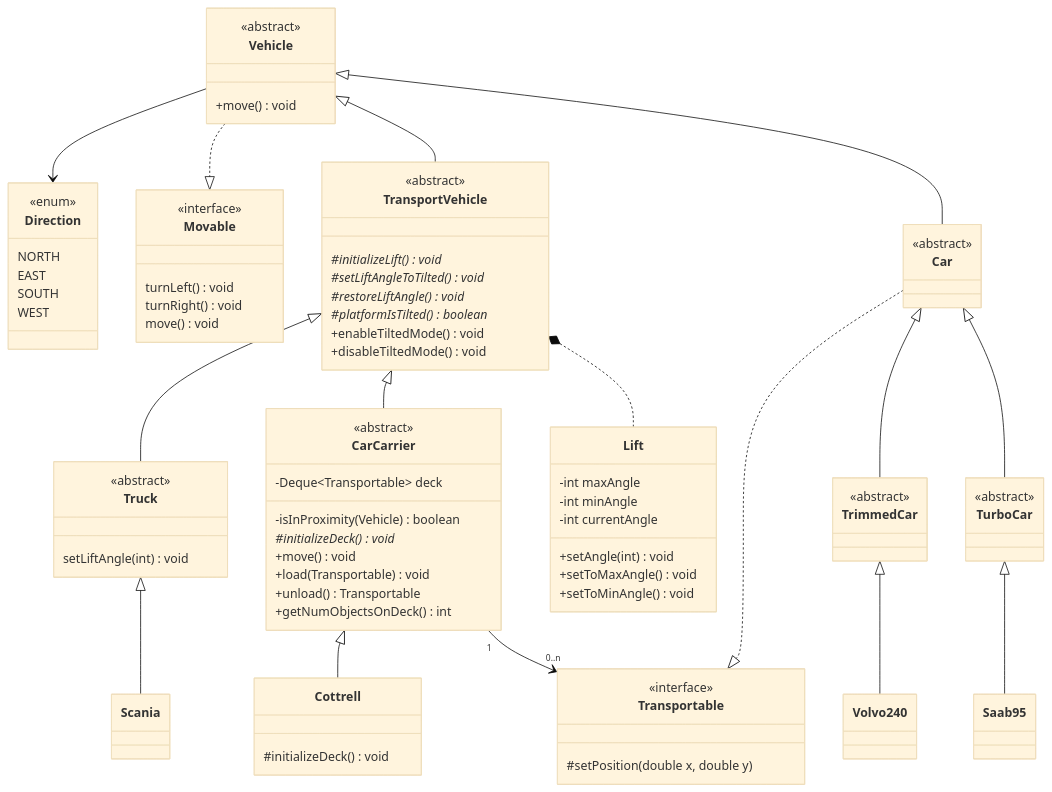
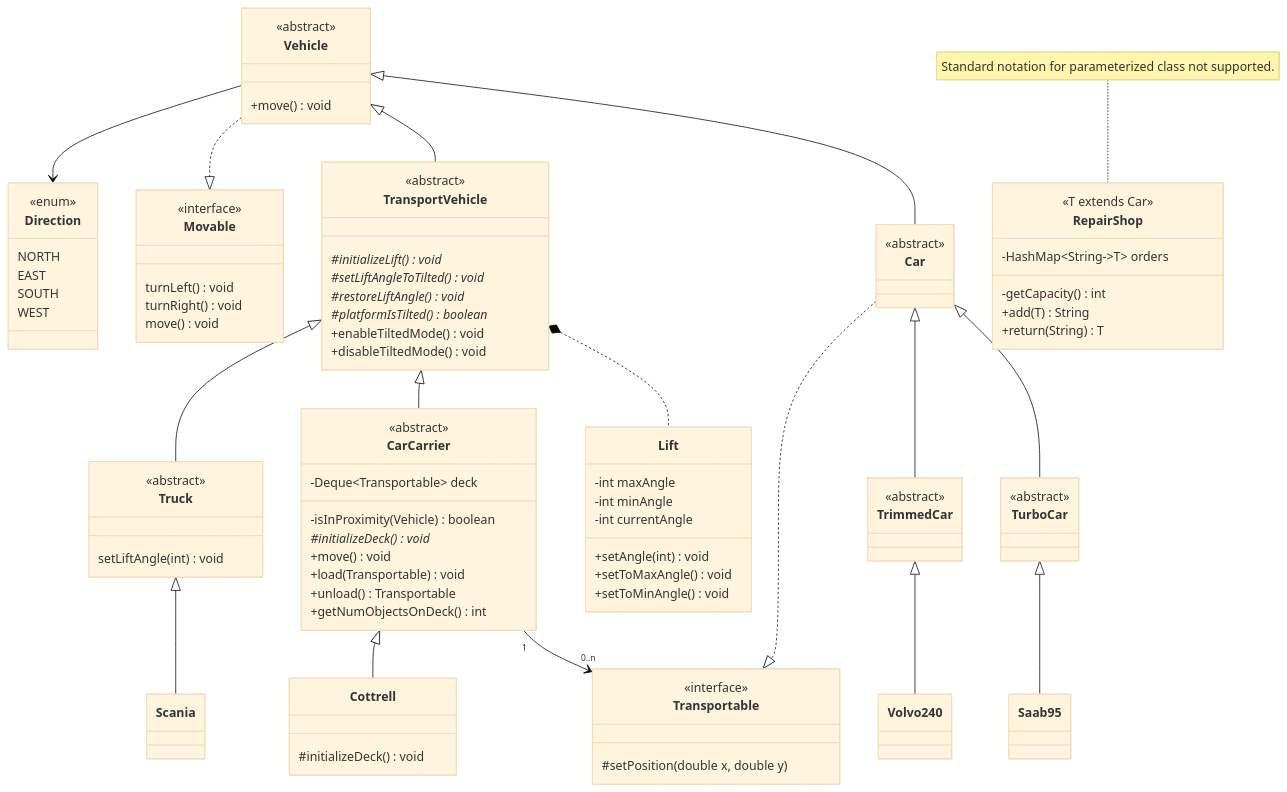
The diagram in docs/class-diagram.mermaid (hasicx/TDA553-lab1), drawn with Mermaid (base theme) before and after one commit.

Commit message:
docs: Add parameterized class RepairShop

```diff
--- a/docs/class-diagram.mermaid
+++ b/docs/class-diagram.mermaid
@@ -1,103 +1,113 @@
 classDiagram
 
   class Direction {
     <<enum>>
     NORTH
     EAST
     SOUTH
     WEST
   }
 
   class Transportable {
     <<interface>>
     #setPosition(double x, double y)
   }
 
   class Movable{
     <<interface>>
     turnLeft() void
     turnRight() void
     move() void
   }
+
+  class RepairShop {
+    <<T extends Car>>
+    %% No support for generics with two parameters
+    -HashMap~String->T~ orders
+    -getCapacity() int
+    +add(T) String
+    +return(String) T
+  }
+  note for RepairShop "Standard notation for parameterized class not supported."
 
   class Vehicle{
     <<abstract>>
     +move() void
   }
 
   class TransportVehicle {
     <<abstract>>
     #initializeLift() void*
     #setLiftAngleToTilted() void*
     #restoreLiftAngle() void*
     #platformIsTilted() boolean*
     +enableTiltedMode() void
     +disableTiltedMode() void
   }
 
   class CarCarrier {
     <<abstract>>
     -Deque~Transportable~ deck
     -isInProximity(Vehicle) boolean
     #initializeDeck() void*
     +move() void
     +load(Transportable) void
     +unload() Transportable
     +getNumObjectsOnDeck() int
   }
 
   class Cottrell {
     #initializeDeck() void
   }
 
   class Truck {
     <<abstract>>
     setLiftAngle(int) void
   }
 
   class Scania {
   }
 
   class Lift {
     -int maxAngle
     -int minAngle
     -int currentAngle
     +setAngle(int) void
     +setToMaxAngle() void
     +setToMinAngle() void
   }
 
   class Car {
     <<abstract>>
   }
 
   class TrimmedCar {
     <<abstract>>
   }
 
   class TurboCar {
     <<abstract>>
   }
 
   class Volvo240 {
   }
 
   class Saab95 {
   }
 
 
 Vehicle --> Direction
 Vehicle ..|> Movable
 Vehicle <|-- TransportVehicle
 Vehicle <|-- Car
 TransportVehicle <|-- Truck
 TransportVehicle <|-- CarCarrier
 TransportVehicle *.. Lift
 Truck <|-- Scania
 CarCarrier <|-- Cottrell
 CarCarrier "1" --> "0..n" Transportable
 Car ..|> Transportable
 Car <|-- TrimmedCar
 Car <|-- TurboCar
 TrimmedCar <|-- Volvo240
 TurboCar <|-- Saab95
```
